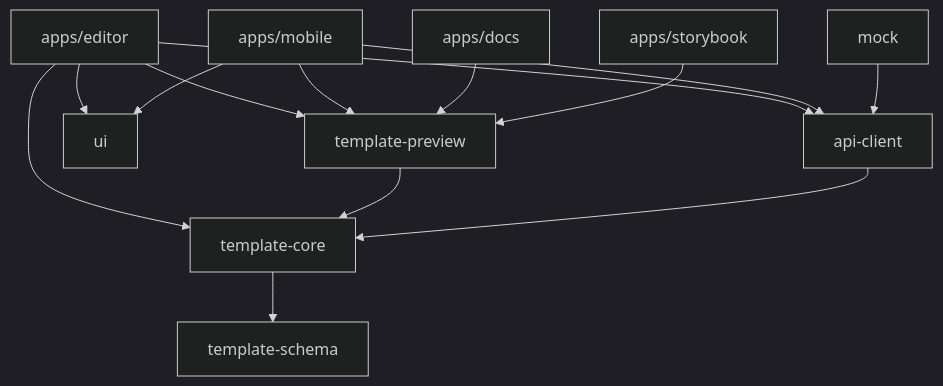
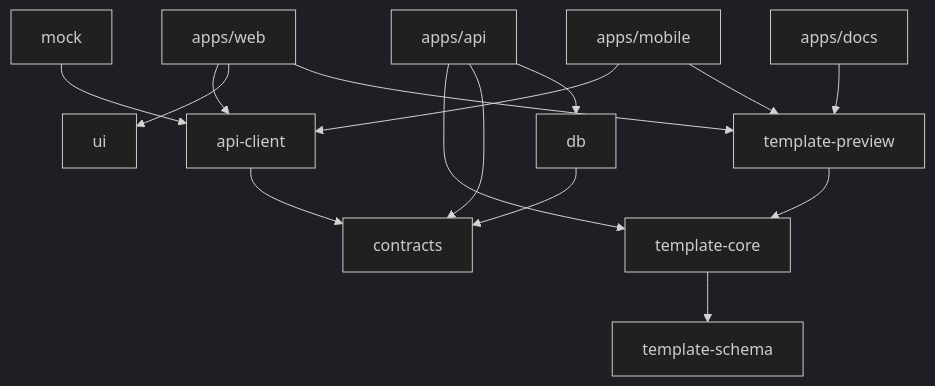
Before and after one commit to shhrain/aim-studio: the diagram in apps/docs/content/docs/architecture/overview.mdx, drawn with Mermaid (dark theme). The commit also changed other lines of this file and 106 other files, not shown here.

````diff
--- a/apps/docs/content/docs/architecture/overview.mdx
+++ b/apps/docs/content/docs/architecture/overview.mdx
@@ -7,16 +7,17 @@
 ```mermaid
 flowchart TB
-  editor["apps/editor"] --> preview
-  editor --> core
+  web["apps/web"] --> preview
+  web --> ui
+  web --> client
   mobile["apps/mobile"] --> preview
+  mobile --> client
   docs["apps/docs"] --> preview
-  storybook["apps/storybook"] --> preview
-  editor --> ui
-  mobile --> ui
-  editor --> api
-  mobile --> api
+  apiApp["apps/api"] --> db
+  apiApp --> contracts
+  apiApp --> core
+  client["api-client"] --> contracts
+  db["db"] --> contracts
   preview["template-preview"] --> core
   core["template-core"] --> schema["template-schema"]
-  api["api-client"] --> core
-  mock --> api
+  mock["mock"] --> client
 ```
````
